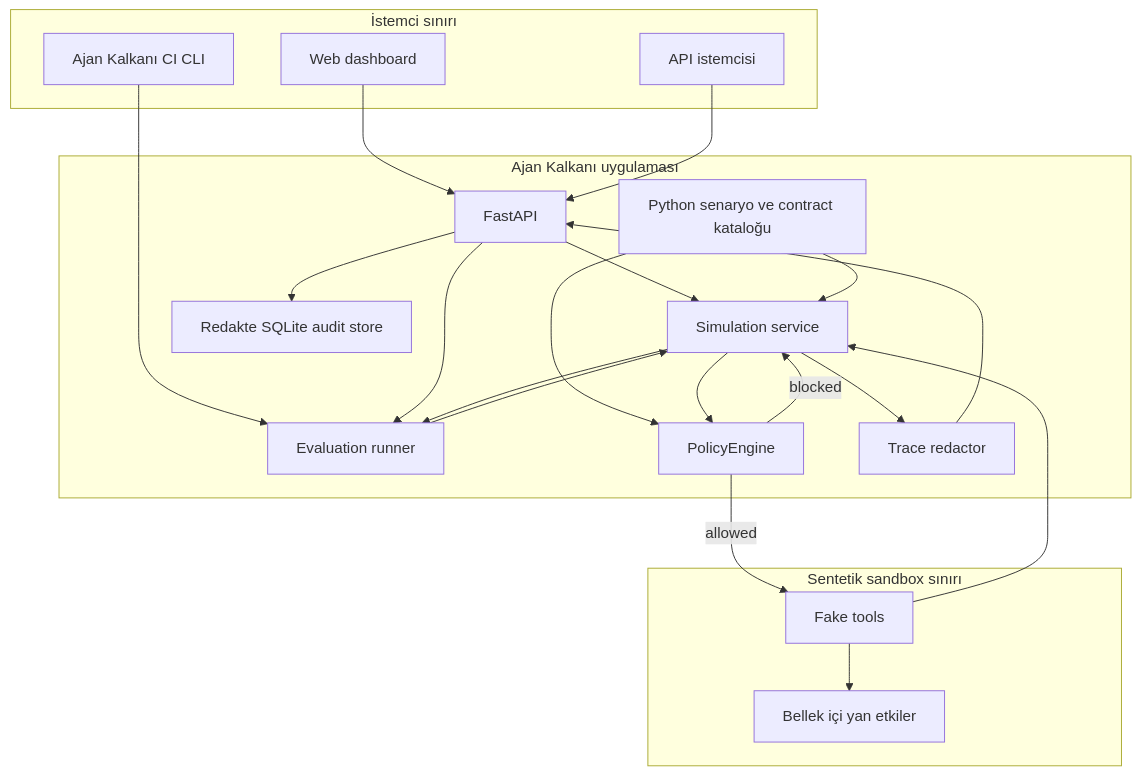
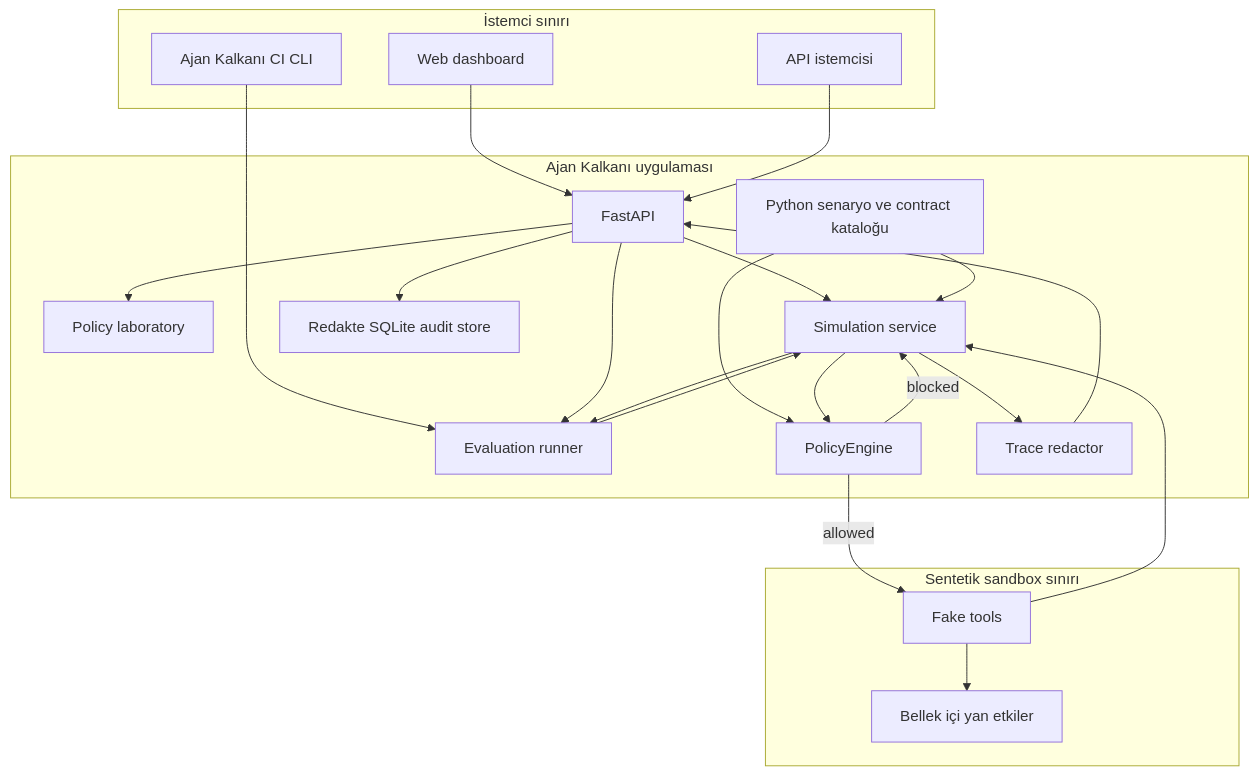
The first of 2 diagrams in docs/ARCHITECTURE.md (Nurettin-Erdogan/ajan-kalkani), drawn with Mermaid before and after one commit. The commit also changed other lines of this file and 14 other files, not shown here.

````diff
--- a/docs/ARCHITECTURE.md
+++ b/docs/ARCHITECTURE.md
@@ -22,41 +23,43 @@
 ```mermaid
 flowchart TB
     subgraph Client["İstemci sınırı"]
         UI["Web dashboard"]
         AC["API istemcisi"]
         CLI["Ajan Kalkanı CI CLI"]
     end
 
     subgraph App["Ajan Kalkanı uygulaması"]
         API["FastAPI"]
         EV["Evaluation runner"]
+        LAB["Policy laboratory"]
         SV["Simulation service"]
         CAT["Python senaryo ve contract kataloğu"]
         PE["PolicyEngine"]
     RD["Trace redactor"]
     AU["Redakte SQLite audit store"]
     end
 
     subgraph Sandbox["Sentetik sandbox sınırı"]
         TOOLS["Fake tools"]
         STATE["Bellek içi yan etkiler"]
     end
 
     UI --> API
     AC --> API
     CLI --> EV
     API --> SV
     API --> EV
+    API --> LAB
     EV --> SV
     CAT --> SV
     CAT --> PE
     SV --> PE
     PE -->|allowed| TOOLS
     PE -->|blocked| SV
     TOOLS --> STATE
     TOOLS --> SV
     SV --> RD
     RD --> API
     API --> AU
     SV --> EV
 ```
````
